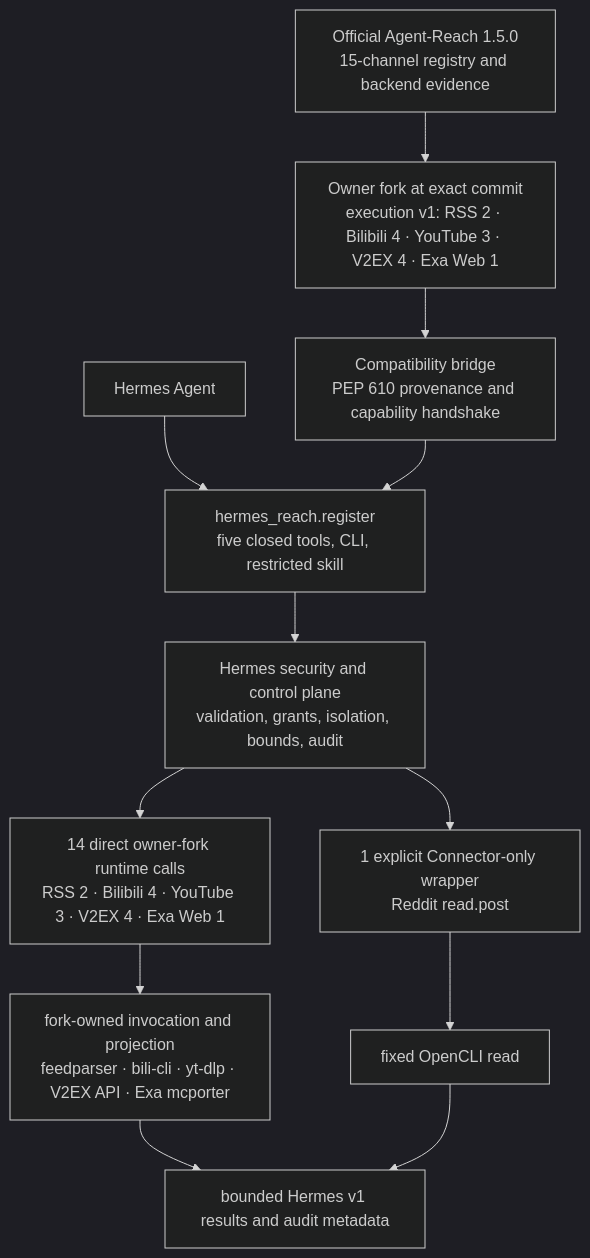
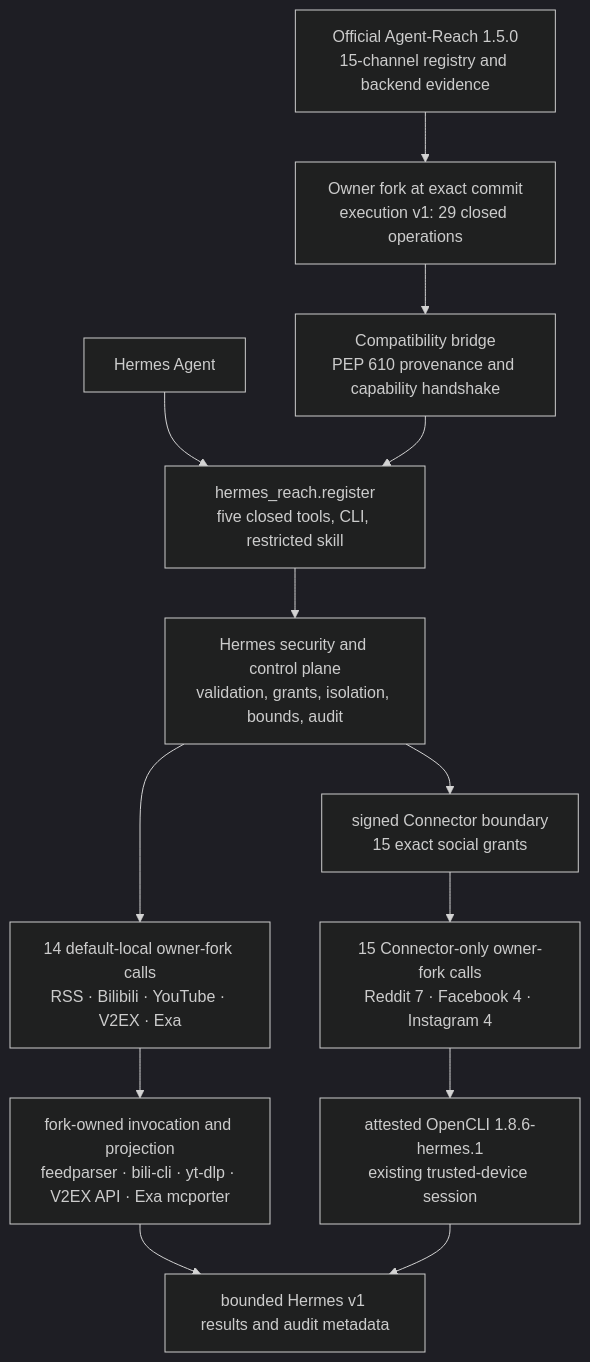
Before and after one commit to izumi0uu/hermes-reach: the diagram in docs/agent-reach-plugin-boundary.md, drawn with Mermaid (dark theme). The commit also changed other lines of this file and 45 other files, not shown here.

Commit message:
feat(agent-reach): execute OpenCLI social platform batch

````diff
--- a/docs/agent-reach-plugin-boundary.md
+++ b/docs/agent-reach-plugin-boundary.md
@@ -24,14 +25,15 @@
 ```mermaid
 flowchart TD
-    Official["Official Agent-Reach 1.5.0<br/>15-channel registry and backend evidence"] --> Fork["Owner fork at exact commit<br/>execution v1: RSS 2 · Bilibili 4 · YouTube 3 · V2EX 4 · Exa Web 1"]
+    Official["Official Agent-Reach 1.5.0<br/>15-channel registry and backend evidence"] --> Fork["Owner fork at exact commit<br/>execution v1: 29 closed operations"]
     Fork --> Bridge["Compatibility bridge<br/>PEP 610 provenance and capability handshake"]
     Hermes["Hermes Agent"] --> Entry["hermes_reach.register<br/>five closed tools, CLI, restricted skill"]
     Bridge --> Entry
     Entry --> Control["Hermes security and control plane<br/>validation, grants, isolation, bounds, audit"]
-    Control --> ForkOps["14 direct owner-fork runtime calls<br/>RSS 2 · Bilibili 4 · YouTube 3 · V2EX 4 · Exa Web 1"]
-    Control --> Remote["1 explicit Connector-only wrapper<br/>Reddit read.post"]
+    Control --> ForkOps["14 default-local owner-fork calls<br/>RSS · Bilibili · YouTube · V2EX · Exa"]
+    Control --> Remote["signed Connector boundary<br/>15 exact social grants"]
+    Remote --> SocialForkOps["15 Connector-only owner-fork calls<br/>Reddit 7 · Facebook 4 · Instagram 4"]
     ForkOps --> ForkBackends["fork-owned invocation and projection<br/>feedparser · bili-cli · yt-dlp · V2EX API · Exa mcporter"]
-    Remote --> OpenCLI["fixed OpenCLI read"]
+    SocialForkOps --> OpenCLI["attested OpenCLI 1.8.6-hermes.1<br/>existing trusted-device session"]
     ForkBackends --> Results["bounded Hermes v1 results and audit metadata"]
     OpenCLI --> Results
 ```
````
